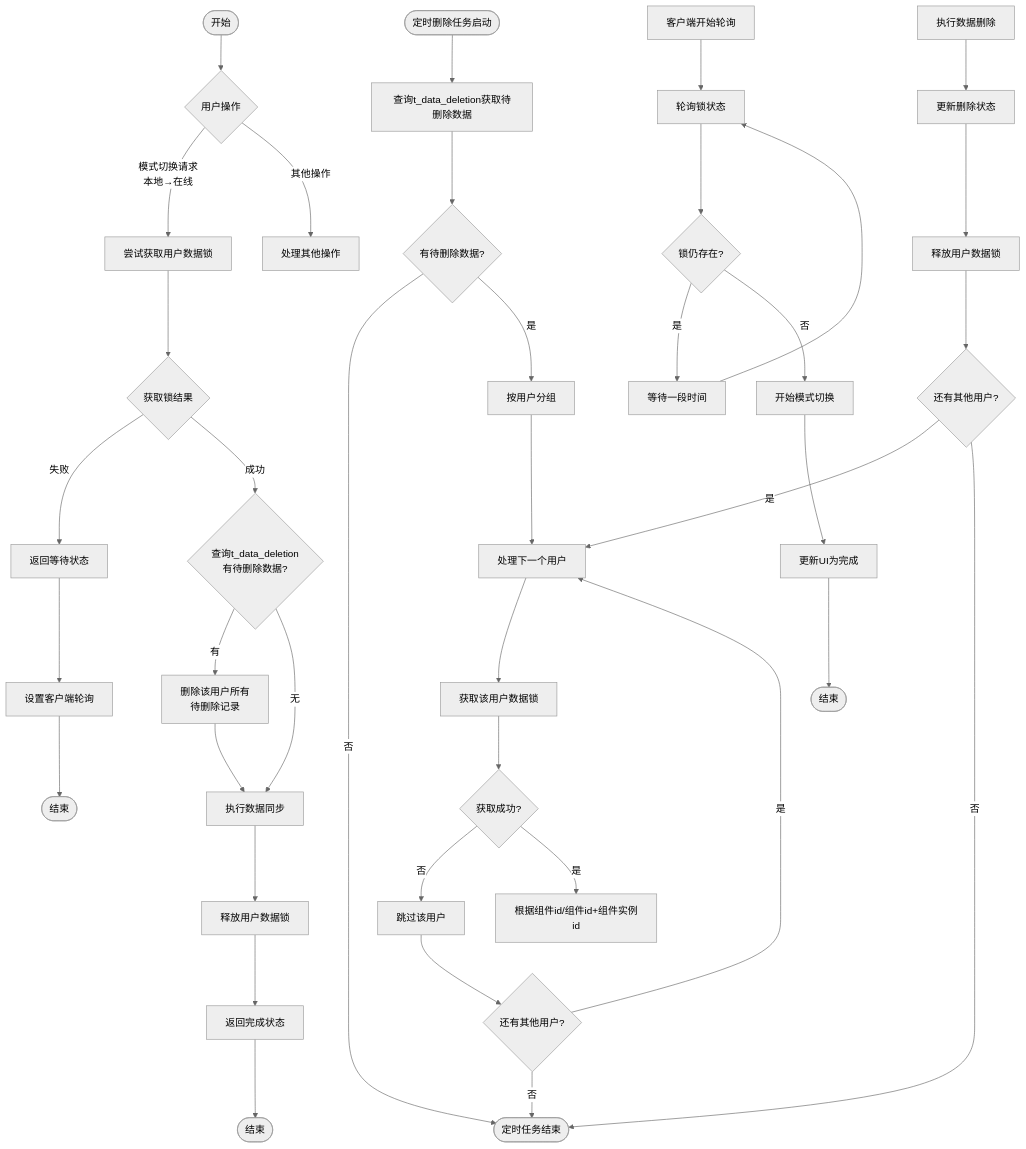
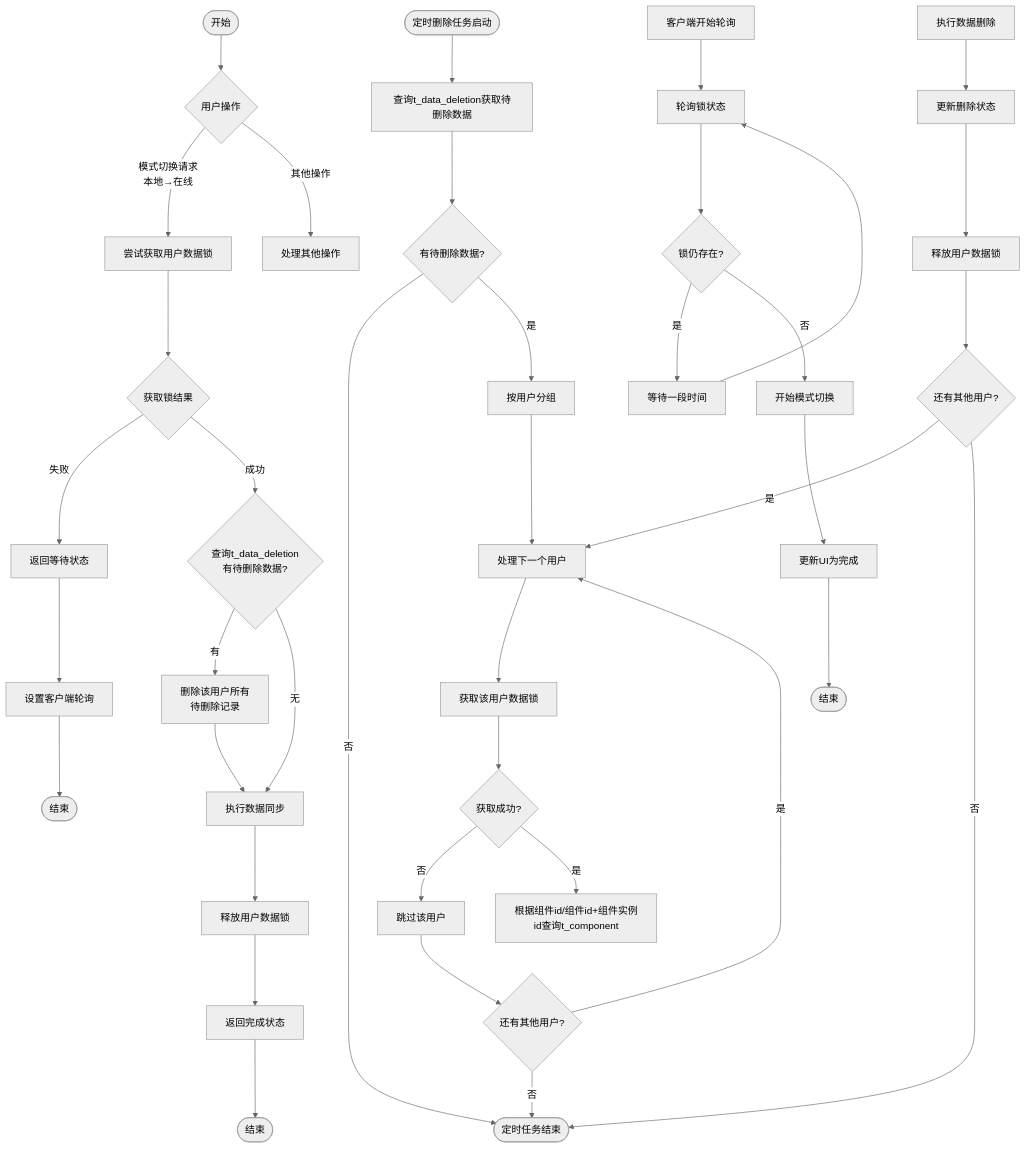
Before and after one commit to yingjianzh/iodraw-files: the diagram in all/未命名-57.md, drawn with Mermaid (neutral theme).

Commit message:
2025-05-12 11:21:37 update

````diff
--- a/all/未命名-57.md
+++ b/all/未命名-57.md
@@ -1,61 +1,61 @@
 ```mermaid
 flowchart TD
     %% 主要分支
     Start([开始]) --> UserAction{用户操作}
     UserAction -->|模式切换请求\n本地→在线| TryLock[尝试获取用户数据锁]
     UserAction -->|其他操作| OtherOps[处理其他操作]
     
     %% 定时删除任务分支
     ScheduledTask([定时删除任务启动]) --> QueryDeletions[查询t_data_deletion获取待删除数据]
     QueryDeletions --> HasTasks{有待删除数据?}
     HasTasks -->|否| TaskEnd([定时任务结束])
     HasTasks -->|是| GroupByUser[按用户分组]
     
     %% 处理用户数据删除
     GroupByUser --> ProcessNextUser[处理下一个用户]
     ProcessNextUser --> AcquireLock[获取该用户数据锁]
     AcquireLock --> LockSuccess{获取成功?}
     
     LockSuccess -->|否| SkipUser[跳过该用户]
     SkipUser --> MoreUsers1{还有其他用户?}
     MoreUsers1 -->|是| ProcessNextUser
     MoreUsers1 -->|否| TaskEnd
     
-    LockSuccess -->|是| GetData[根据组件id/组件id+组件实例id]
+    LockSuccess -->|是| GetData[根据组件id/组件id+组件实例id查询t_component]
     
     DeleteData[执行数据删除]
     DeleteData --> UpdateStatus[更新删除状态]
     UpdateStatus --> ReleaseLock[释放用户数据锁]
     ReleaseLock --> MoreUsers2{还有其他用户?}
     MoreUsers2 -->|是| ProcessNextUser
     MoreUsers2 -->|否| TaskEnd
     
     %% 模式切换流程
     TryLock --> LockResult{获取锁结果}
     
     LockResult -->|失败| ReturnWaiting[返回等待状态]
     ReturnWaiting --> SetupPolling[设置客户端轮询]
     SetupPolling --> End1([结束])
     
     LockResult -->|成功| CheckPendingDeletion{查询t_data_deletion\n有待删除数据?}
     
     CheckPendingDeletion -->|有| RemoveDeletionRecords[删除该用户所有\n待删除记录]
     RemoveDeletionRecords --> PerformSync[执行数据同步]
     
     CheckPendingDeletion -->|无| PerformSync
     
     PerformSync --> ReleaseSwitchLock[释放用户数据锁]
     ReleaseSwitchLock --> ReturnComplete[返回完成状态]
     ReturnComplete --> End2([结束])
     
     %% 客户端轮询
     ClientPolling[客户端开始轮询] --> PollLockStatus[轮询锁状态]
     PollLockStatus --> StillLocked{锁仍存在?}
     
     StillLocked -->|是| WaitInterval[等待一段时间]
     WaitInterval --> PollLockStatus
     
     StillLocked -->|否| StartSwitch[开始模式切换]
     StartSwitch --> CompleteUI[更新UI为完成]
     CompleteUI --> End3([结束])
 ```
````
